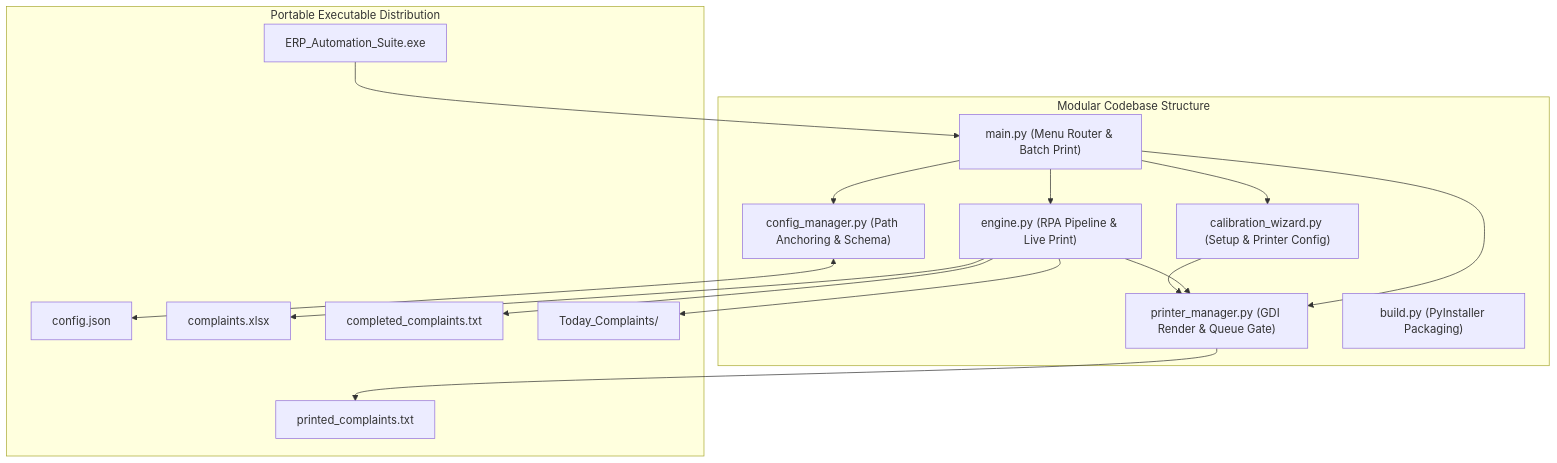
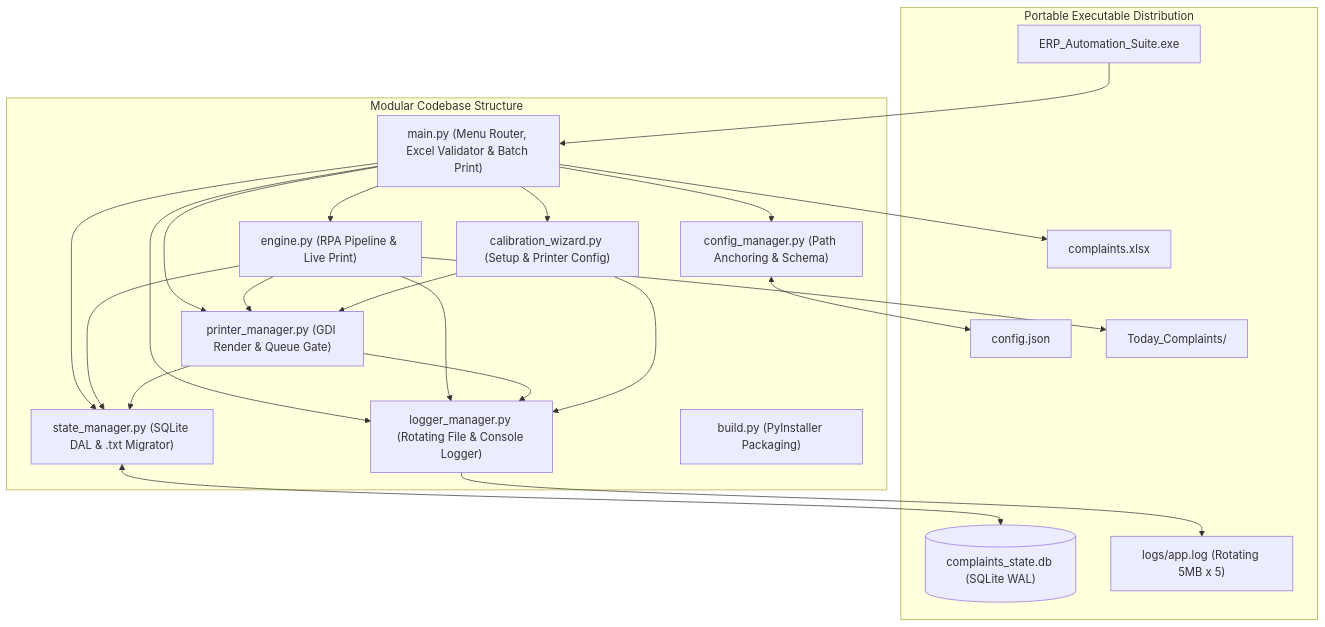
The diagram in PRD.md (theeabrarrr/bulk_printing), drawn with Mermaid before and after one commit. The commit also changed other lines of this file and 4 other files, not shown here.

Commit message:
chore(build,docs): preserve SQLite db and logs in build.py and update PRD/README for Phase 6

````diff
--- a/PRD.md
+++ b/PRD.md
@@ -49,33 +46,42 @@
 ```mermaid
 flowchart TD
     subgraph Distribution ["Portable Executable Distribution"]
         EXE["ERP_Automation_Suite.exe"]
         CFG["config.json"]
         XLSX["complaints.xlsx"]
-        TXT["completed_complaints.txt"]
-        PTXT["printed_complaints.txt"]
+        DB[("complaints_state.db (SQLite WAL)")]
+        LOG["logs/app.log (Rotating 5MB x 5)"]
         OUT["Today_Complaints/"]
     end
 
     subgraph CoreEngine ["Modular Codebase Structure"]
-        MAIN["main.py (Menu Router & Batch Print)"]
+        MAIN["main.py (Menu Router, Excel Validator & Batch Print)"]
         SETUP["calibration_wizard.py (Setup & Printer Config)"]
         ENGINE["engine.py (RPA Pipeline & Live Print)"]
         PRINTMGR["printer_manager.py (GDI Render & Queue Gate)"]
+        STATEMGR["state_manager.py (SQLite DAL & .txt Migrator)"]
+        LOGMGR["logger_manager.py (Rotating File & Console Logger)"]
         CFGMGR["config_manager.py (Path Anchoring & Schema)"]
         BUILD["build.py (PyInstaller Packaging)"]
     end
 
     EXE --> MAIN
     MAIN --> CFGMGR
+    MAIN --> LOGMGR
+    MAIN --> STATEMGR
     MAIN --> SETUP
     MAIN --> ENGINE
     MAIN --> PRINTMGR
     ENGINE --> PRINTMGR
+    ENGINE --> STATEMGR
+    ENGINE --> LOGMGR
+    PRINTMGR --> STATEMGR
+    PRINTMGR --> LOGMGR
     SETUP --> PRINTMGR
+    SETUP --> LOGMGR
     CFGMGR <--> CFG
-    ENGINE --> XLSX
-    ENGINE --> TXT
+    MAIN --> XLSX
+    STATEMGR <--> DB
+    LOGMGR --> LOG
     ENGINE --> OUT
-    PRINTMGR --> PTXT
 ```
````
